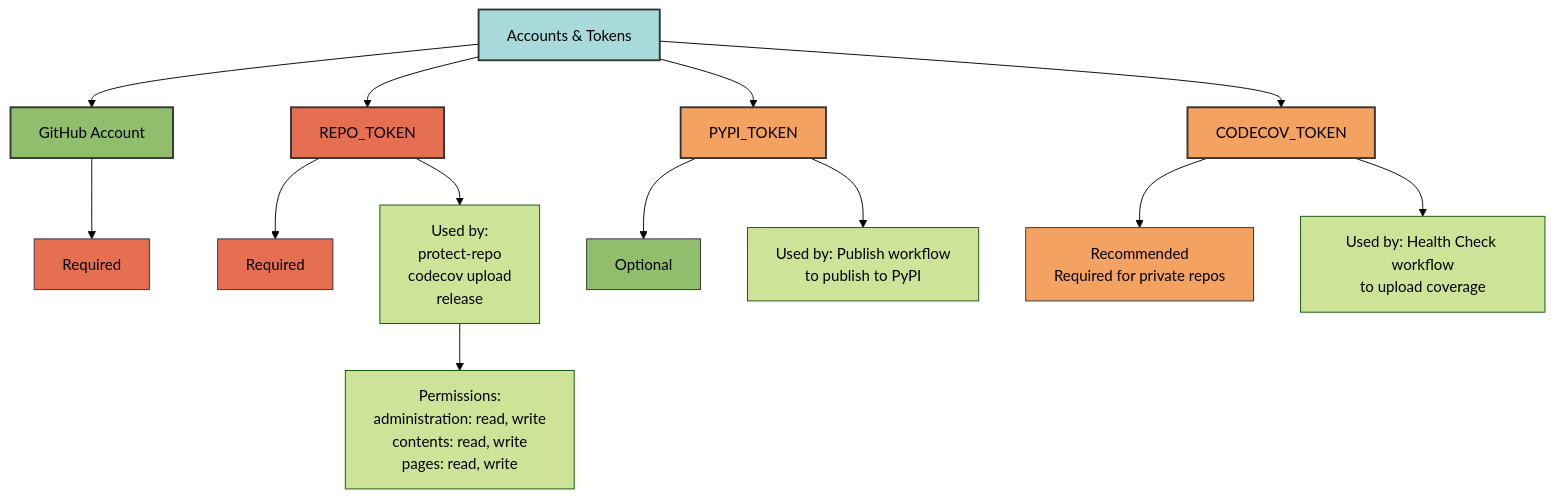
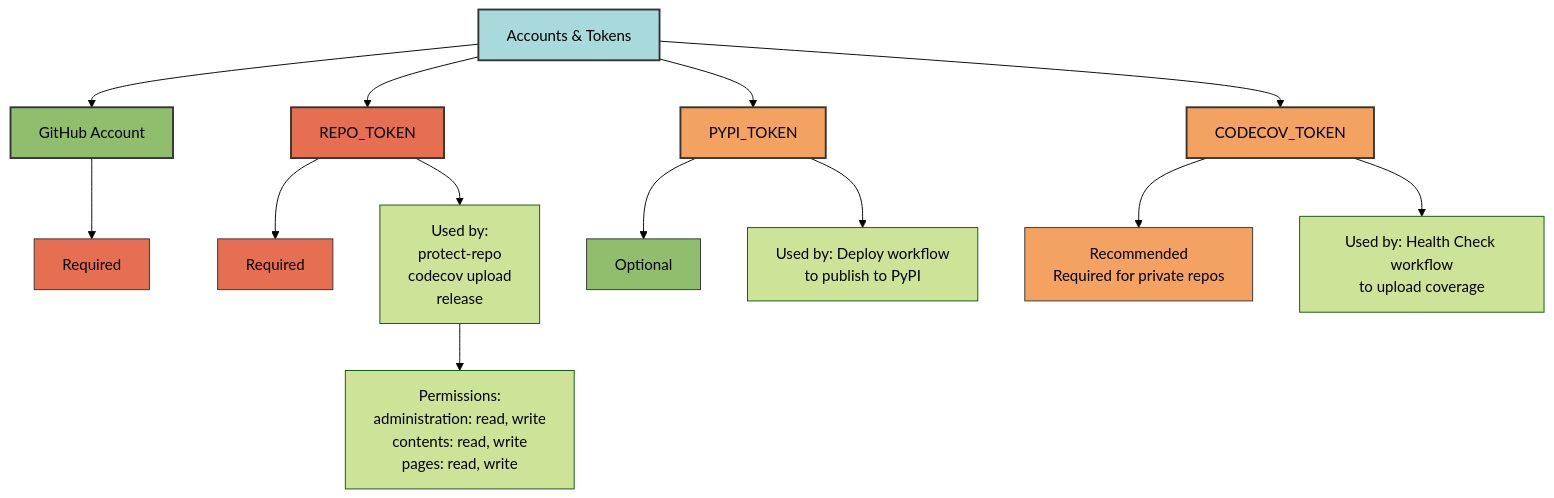
One commit to Winipedia/pyrig changed the diagram in docs/more/getting-started.md. Above: the diagram before and after it, drawn with Mermaid (forest theme). The commit also changed 1 other file, not shown here.

````diff
--- a/docs/more/getting-started.md
+++ b/docs/more/getting-started.md
@@ -59,35 +59,35 @@
 ```mermaid
 graph TD
     A[Accounts & Tokens] --> B[GitHub Account]
     A --> C[REPO_TOKEN]
     A --> D[PYPI_TOKEN]
     A --> E[CODECOV_TOKEN]
 
     B --> B1[Required]
     C --> C1[Required]
     D --> D1[Optional]
     E --> E1[Recommended<br/>Required for private repos]
 
-    C --> C2[Used by: 
+    C --> C2[Used by:
     protect-repo
     codecov upload
     release
     ]
-    D --> D2[Used by: Publish workflow<br/>to publish to PyPI]
+    D --> D2[Used by: Deploy workflow<br/>to publish to PyPI]
     E --> E2[Used by: Health Check workflow<br/>to upload coverage]
 
     C2 --> C3[Permissions:
     administration: read, write
     contents: read, write
     pages: read, write]
 
     style A fill:#a8dadc,stroke:#333,stroke-width:2px,color:#000
     style B fill:#90be6d,stroke:#333,stroke-width:2px,color:#000
     style C fill:#e76f51,stroke:#333,stroke-width:2px,color:#000
     style D fill:#f4a261,stroke:#333,stroke-width:2px,color:#000
     style E fill:#f4a261,stroke:#333,stroke-width:2px,color:#000
     style B1 fill:#e76f51,stroke:#333,stroke-width:1px,color:#000
     style C1 fill:#e76f51,stroke:#333,stroke-width:1px,color:#000
     style D1 fill:#90be6d,stroke:#333,stroke-width:1px,color:#000
     style E1 fill:#f4a261,stroke:#333,stroke-width:1px,color:#000
 ```
````
